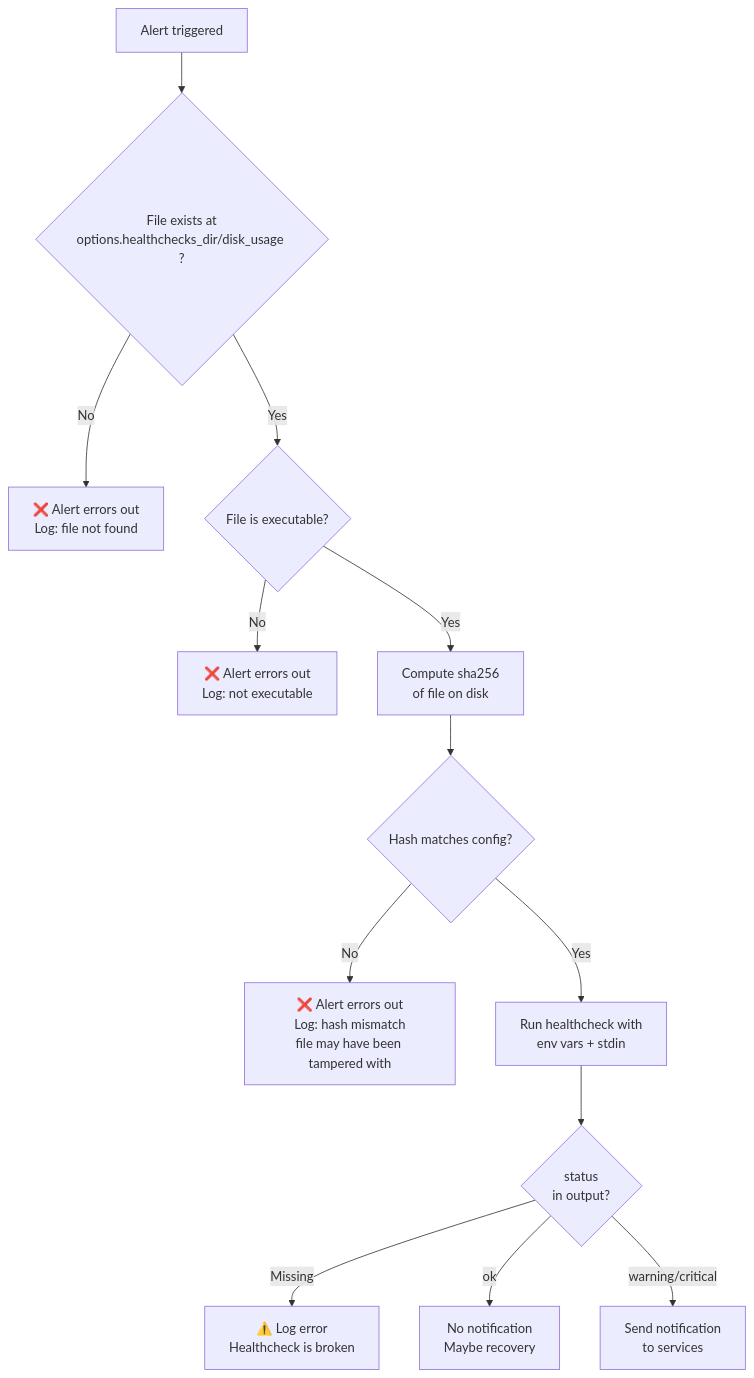
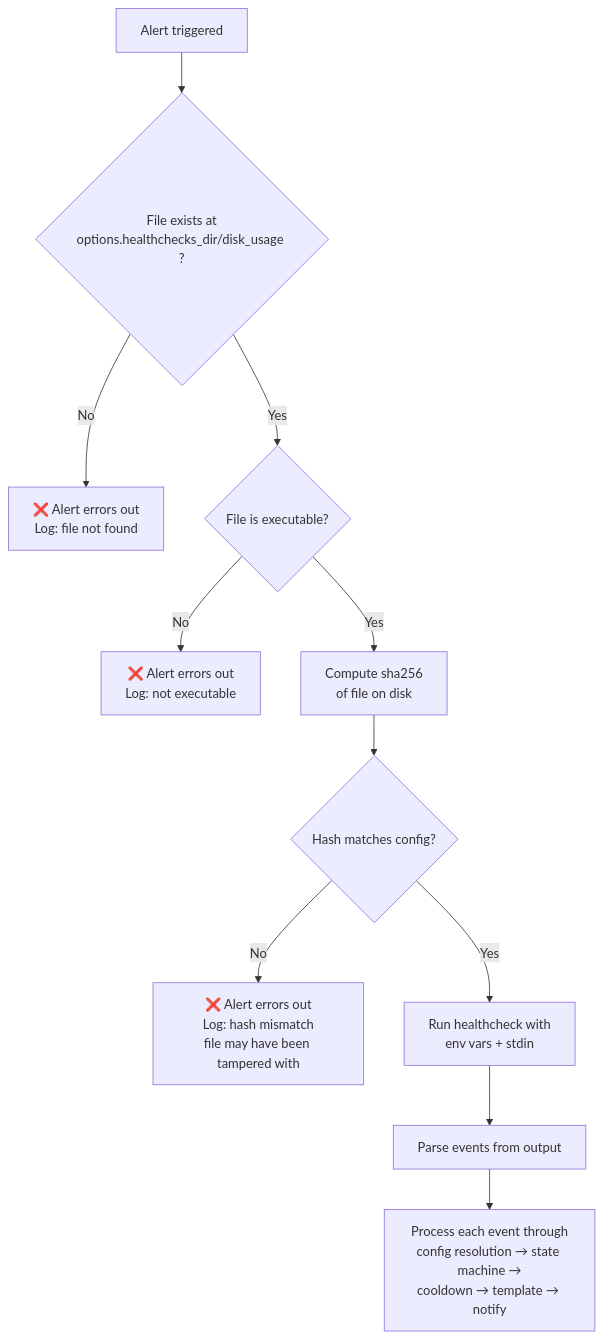
Before and after one commit to sznuper/sznuper: the second of 6 diagrams in docs/healthchecks.md, drawn with Mermaid. The commit also changed other lines of this file and 7 other files, not shown here.

````diff
--- a/docs/healthchecks.md
+++ b/docs/healthchecks.md
@@ -85,15 +83,13 @@
 ```mermaid
 flowchart TD
     A[Alert triggered] --> B{File exists at\noptions.healthchecks_dir/disk_usage ?}
     B -->|No| C[❌ Alert errors out\nLog: file not found]
     B -->|Yes| D{File is executable?}
     D -->|No| E[❌ Alert errors out\nLog: not executable]
     D -->|Yes| F[Compute sha256\nof file on disk]
     F --> G{Hash matches config?}
     G -->|No| H[❌ Alert errors out\nLog: hash mismatch\nfile may have been tampered with]
     G -->|Yes| I[Run healthcheck with\nenv vars + stdin]
-    I --> J{status\nin output?}
-    J -->|Missing| K[⚠️ Log error\nHealthcheck is broken]
-    J -->|ok| L[No notification\nMaybe recovery]
-    J -->|warning/critical| M[Send notification\nto services]
+    I --> J[Parse events from output]
+    J --> K[Process each event through\nconfig resolution → state machine →\ncooldown → template → notify]
 ```
````
